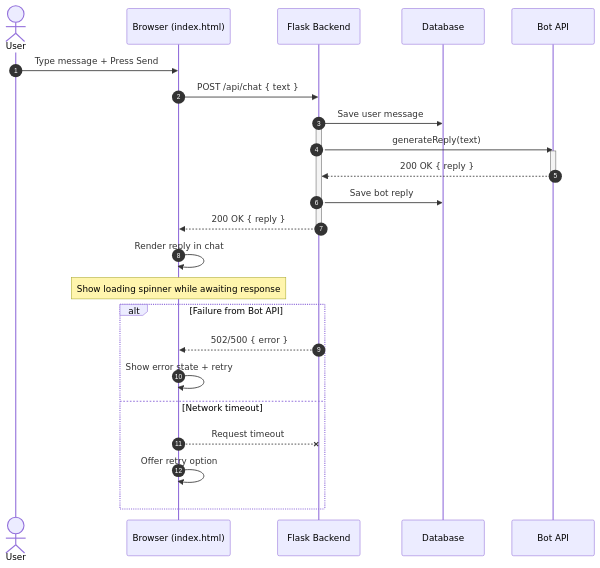
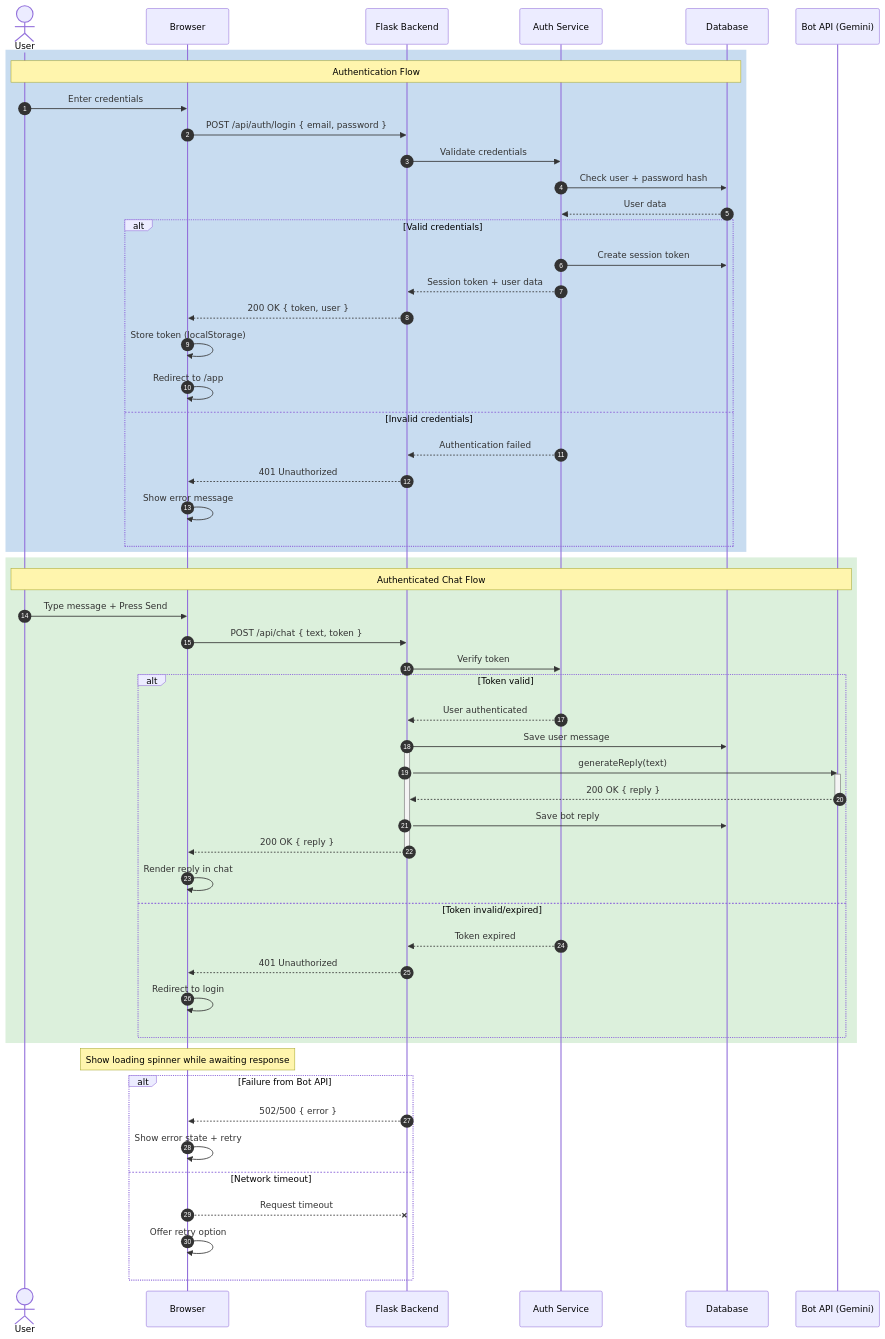
The diagram in docs/diagram/sequence.mmd (josepha237/BotInterface), drawn with Mermaid before and after one commit. The commit also changed 30 other files, not shown here.

First line of the commit message:
Add authentication routes, services, and UI mockups for login and registration

```diff
--- a/docs/diagram/sequence.mmd
+++ b/docs/diagram/sequence.mmd
@@ -1,31 +1,65 @@
-%% Chat message roundtrip sequence
+%% Authentication and Chat message sequence
 sequenceDiagram
 	autonumber
 	actor U as User
-	participant B as Browser (index.html)
+	participant B as Browser
 	participant F as Flask Backend
+	participant Auth as Auth Service
 	participant D as Database
-	participant A as Bot API
+	participant A as Bot API (Gemini)
 
-	U->>B: Type message + Press Send
-	B->>F: POST /api/chat { text }
-	F->>D: Save user message
-	activate F
-	F->>A: generateReply(text)
-	activate A
-	A-->>F: 200 OK { reply }
-	deactivate A
-	F->>D: Save bot reply
-	F-->>B: 200 OK { reply }
-	deactivate F
-	B->>B: Render reply in chat
+	%% Authentication Flow
+	rect rgb(200, 220, 240)
+		Note over U,D: Authentication Flow
+		U->>B: Enter credentials
+		B->>F: POST /api/auth/login { email, password }
+		F->>Auth: Validate credentials
+		Auth->>D: Check user + password hash
+		D-->>Auth: User data
+		alt Valid credentials
+			Auth->>D: Create session token
+			Auth-->>F: Session token + user data
+			F-->>B: 200 OK { token, user }
+			B->>B: Store token (localStorage)
+			B->>B: Redirect to /app
+		else Invalid credentials
+			Auth-->>F: Authentication failed
+			F-->>B: 401 Unauthorized
+			B->>B: Show error message
+		end
+	end
+
+	%% Chat Flow with Authentication
+	rect rgb(220, 240, 220)
+		Note over U,A: Authenticated Chat Flow
+		U->>B: Type message + Press Send
+		B->>F: POST /api/chat { text, token }
+		F->>Auth: Verify token
+		alt Token valid
+			Auth-->>F: User authenticated
+			F->>D: Save user message
+			activate F
+			F->>A: generateReply(text)
+			activate A
+			A-->>F: 200 OK { reply }
+			deactivate A
+			F->>D: Save bot reply
+			F-->>B: 200 OK { reply }
+			deactivate F
+			B->>B: Render reply in chat
+		else Token invalid/expired
+			Auth-->>F: Token expired
+			F-->>B: 401 Unauthorized
+			B->>B: Redirect to login
+		end
+	end
 
 	Note over B: Show loading spinner while awaiting response
 
 	alt Failure from Bot API
 		F-->>B: 502/500 { error }
 		B->>B: Show error state + retry
 	else Network timeout
 		B--x F: Request timeout
 		B->>B: Offer retry option
 	end
```
